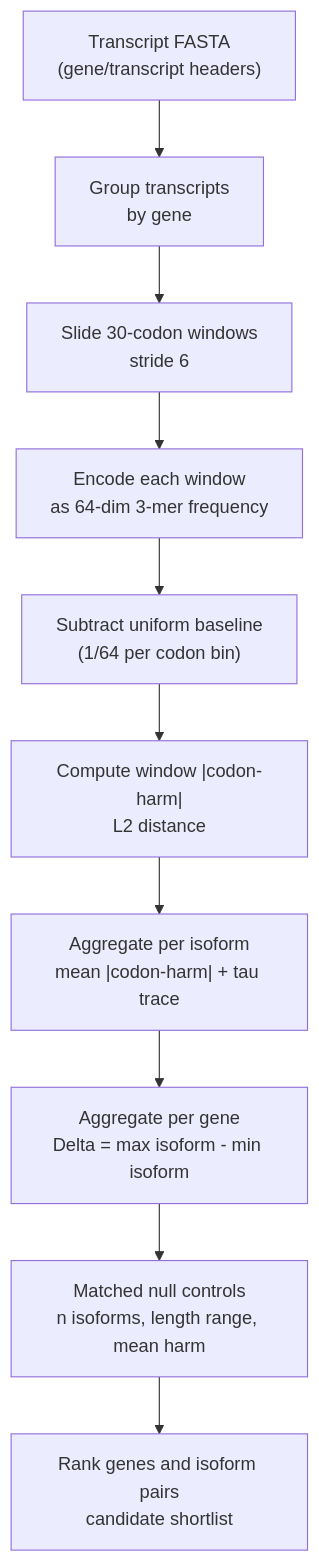
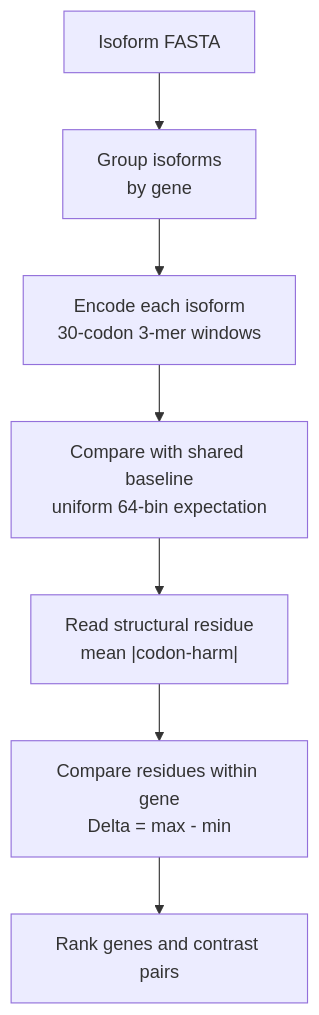
One commit to JackeyLGene/NoHarm changed the diagram in docs/WORKFLOW.md. Above: the diagram before and after it, drawn with Mermaid. The commit also changed other lines of this file and 4 other files, not shown here.

````diff
--- a/docs/WORKFLOW.md
+++ b/docs/WORKFLOW.md
@@ -9,12 +14,9 @@
 ```mermaid
 flowchart TD
-    A["Transcript FASTA<br/>(gene/transcript headers)"] --> B["Group transcripts<br/>by gene"]
-    B --> C["Slide 30-codon windows<br/>stride 6"]
-    C --> D["Encode each window<br/>as 64-dim 3-mer frequency"]
-    D --> E["Subtract uniform baseline<br/>(1/64 per codon bin)"]
-    E --> F["Compute window |codon-harm|<br/>L2 distance"]
-    F --> G["Aggregate per isoform<br/>mean |codon-harm| + tau trace"]
-    G --> H["Aggregate per gene<br/>Delta = max isoform - min isoform"]
-    H --> I["Matched null controls<br/>n isoforms, length range, mean harm"]
-    I --> J["Rank genes and isoform pairs<br/>candidate shortlist"]
+    A["Isoform FASTA"] --> B["Group isoforms<br/>by gene"]
+    B --> C["Encode each isoform<br/>30-codon 3-mer windows"]
+    C --> D["Compare with shared baseline<br/>uniform 64-bin expectation"]
+    D --> E["Read structural residue<br/>mean |codon-harm|"]
+    E --> F["Compare residues within gene<br/>Delta = max - min"]
+    F --> G["Rank genes and contrast pairs"]
 ```
````
